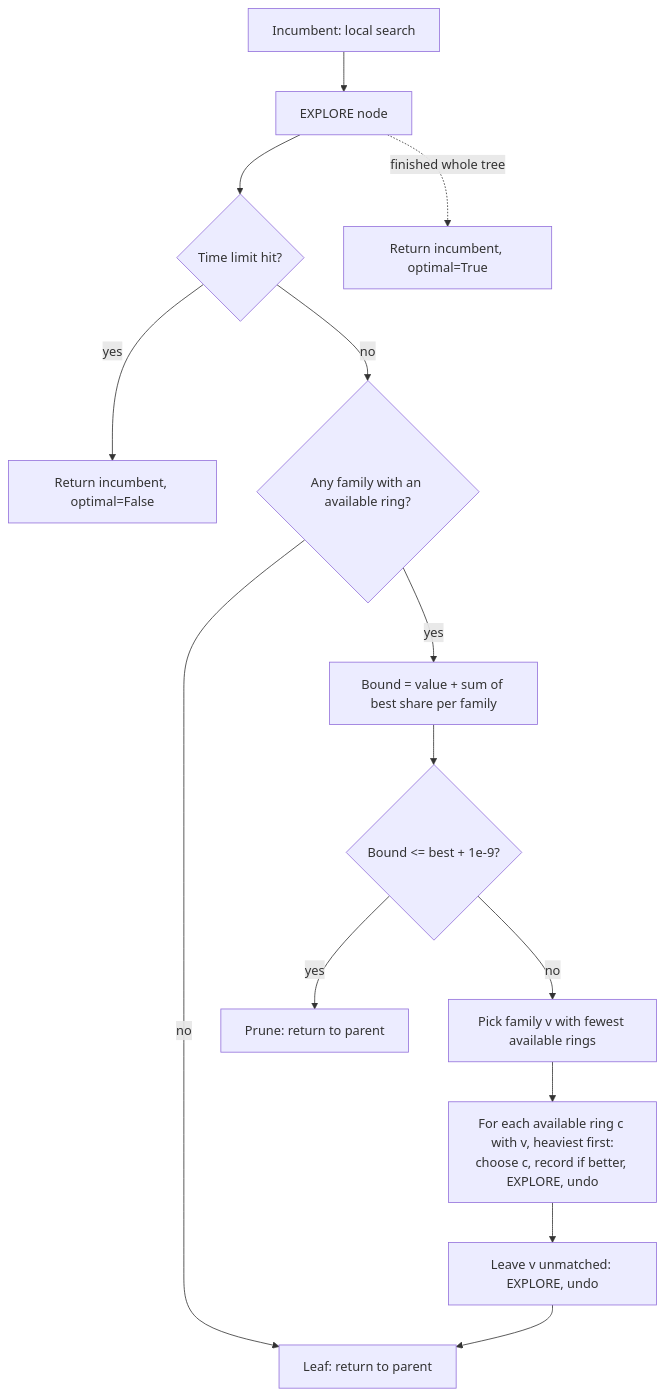
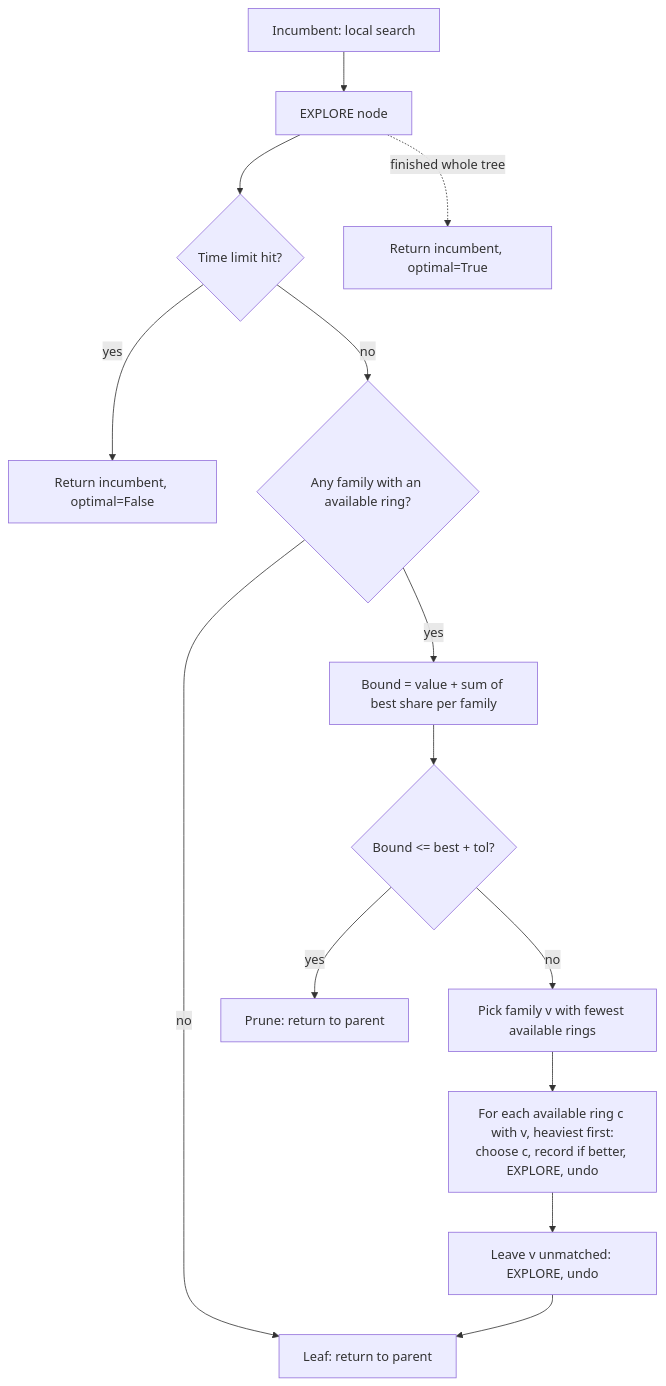
The third of 3 diagrams in docs/design/heuristics.md (Vasumitra-Gajbhiye/DonorBridge), drawn with Mermaid before and after one commit. The commit also changed other lines of this file and 4 other files, not shown here.

````diff
--- a/docs/design/heuristics.md
+++ b/docs/design/heuristics.md
@@ -197,16 +204,16 @@
 ```mermaid
 flowchart TD
     A[Incumbent: local search] --> B[EXPLORE node]
     B --> C{Time limit hit?}
     C -- yes --> Z[Return incumbent, optimal=False]
     C -- no --> D{Any family with an available ring?}
     D -- no --> L[Leaf: return to parent]
     D -- yes --> E[Bound = value + sum of best share per family]
-    E --> F{Bound <= best + 1e-9?}
+    E --> F{Bound <= best + tol?}
     F -- yes --> P[Prune: return to parent]
     F -- no --> G[Pick family v with fewest available rings]
     G --> H[For each available ring c with v, heaviest first:<br/>choose c, record if better, EXPLORE, undo]
     H --> I[Leave v unmatched: EXPLORE, undo]
     I --> L
     B -.finished whole tree.-> Y[Return incumbent, optimal=True]
 ```
````
